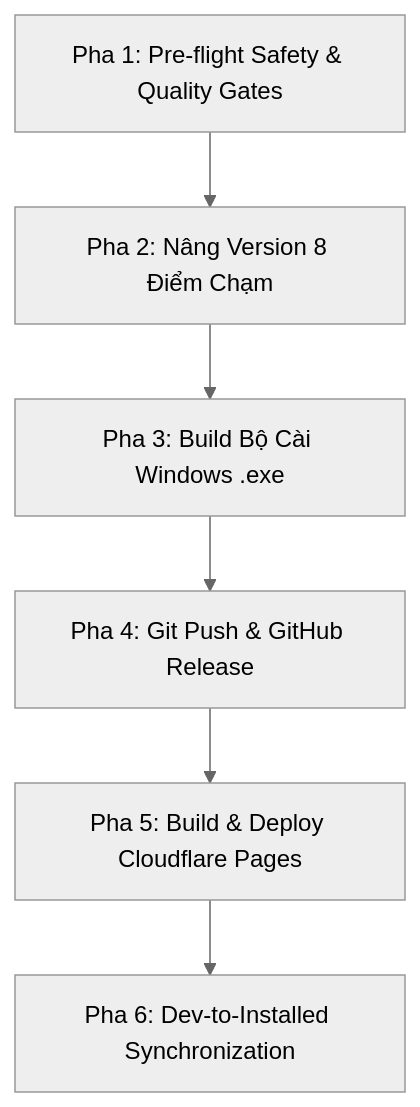
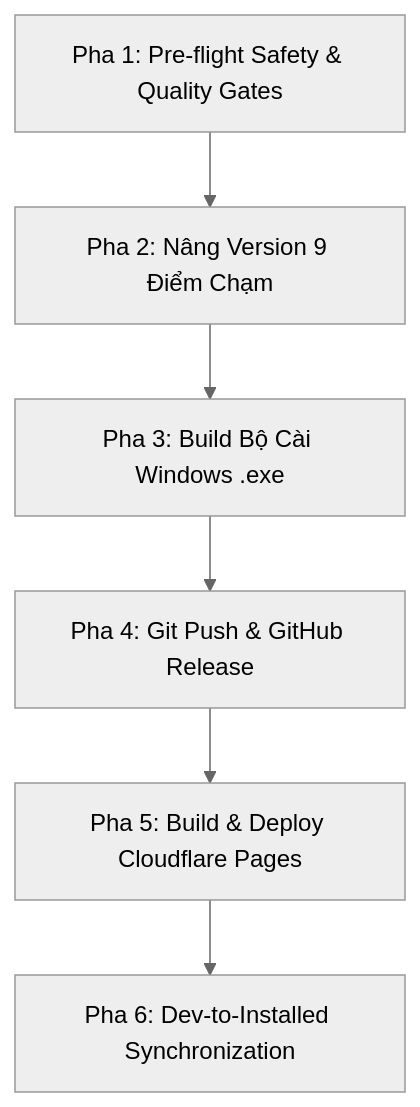
One commit to aizaloapp/zalo-flow changed the diagram in .agents/skills/release/SKILL.md. Above: the diagram before and after it, drawn with Mermaid (neutral theme). The commit also changed other lines of this file and 1 other file, not shown here.

````diff
--- a/.agents/skills/release/SKILL.md
+++ b/.agents/skills/release/SKILL.md
@@ -18,8 +18,8 @@
 ```mermaid
 flowchart TD
-    A[Pha 1: Pre-flight Safety & Quality Gates] --> B[Pha 2: Nâng Version 8 Điểm Chạm]
+    A[Pha 1: Pre-flight Safety & Quality Gates] --> B[Pha 2: Nâng Version 9 Điểm Chạm]
     B --> C[Pha 3: Build Bộ Cài Windows .exe]
     C --> D[Pha 4: Git Push & GitHub Release]
     D --> E[Pha 5: Build & Deploy Cloudflare Pages]
     E --> F[Pha 6: Dev-to-Installed Synchronization]
 ```
````
